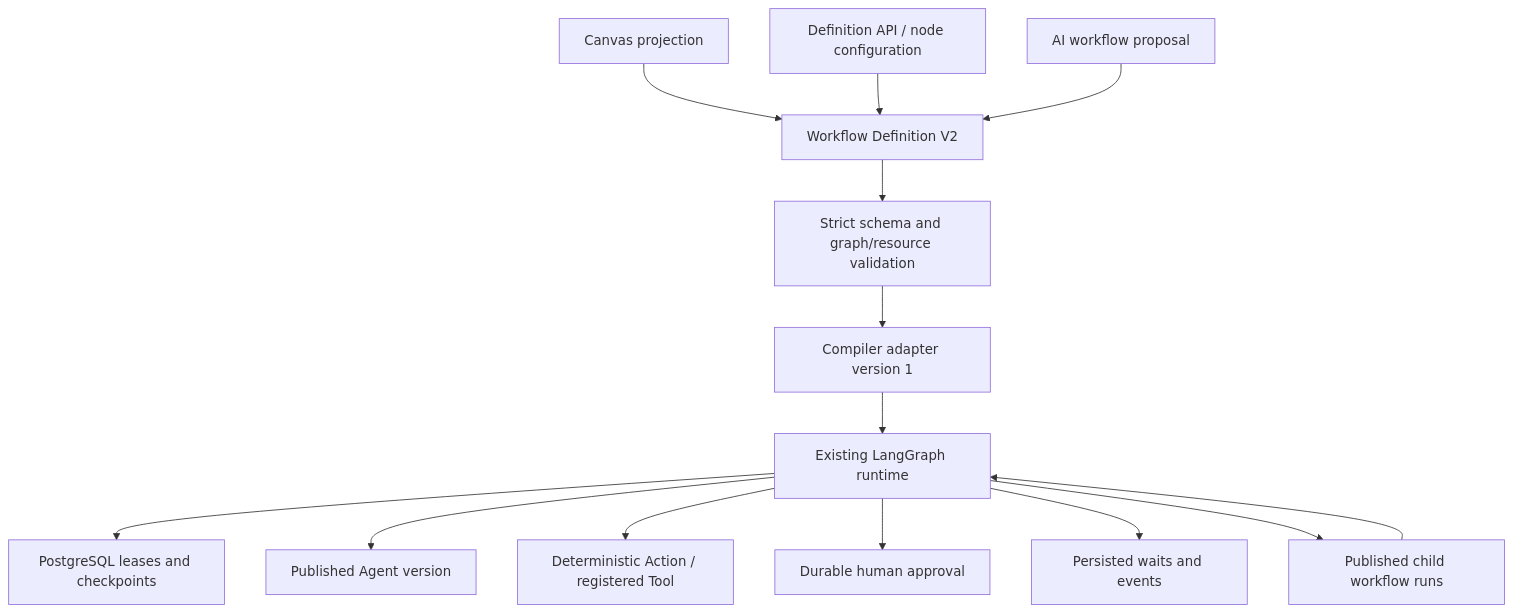
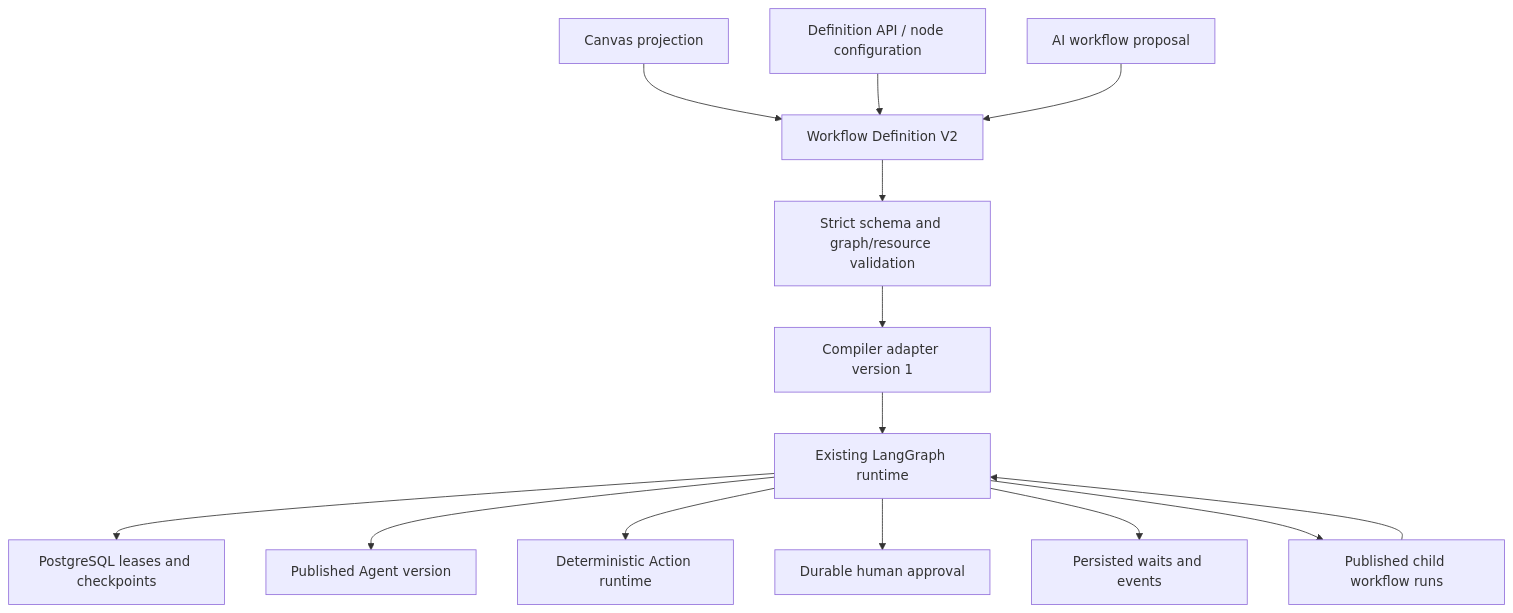
One commit to macmann/AgentConnect changed the diagram in docs/workflows-v2.md. Above: the diagram before and after it, drawn with Mermaid. The commit also changed other lines of this file and 32 other files, not shown here.

````diff
--- a/docs/workflows-v2.md
+++ b/docs/workflows-v2.md
@@ -7,16 +7,16 @@
 ```mermaid
 flowchart TD
   Canvas[Canvas projection] --> Definition[Workflow Definition V2]
   Config[Definition API / node configuration] --> Definition
   AI[AI workflow proposal] --> Definition
   Definition --> Validator[Strict schema and graph/resource validation]
   Validator --> Adapter[Compiler adapter version 1]
   Adapter --> Runtime[Existing LangGraph runtime]
   Runtime --> Postgres[PostgreSQL leases and checkpoints]
   Runtime --> Agent[Published Agent version]
-  Runtime --> Action[Deterministic Action / registered Tool]
+  Runtime --> Action[Deterministic Action runtime]
   Runtime --> Approval[Durable human approval]
   Runtime --> Suspension[Persisted waits and events]
   Runtime --> Child[Published child workflow runs]
   Child --> Runtime
 ```
````
